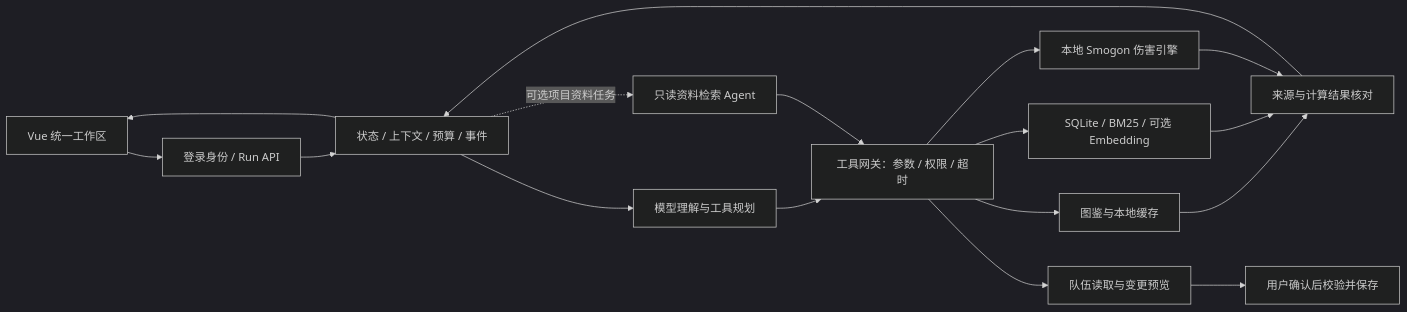
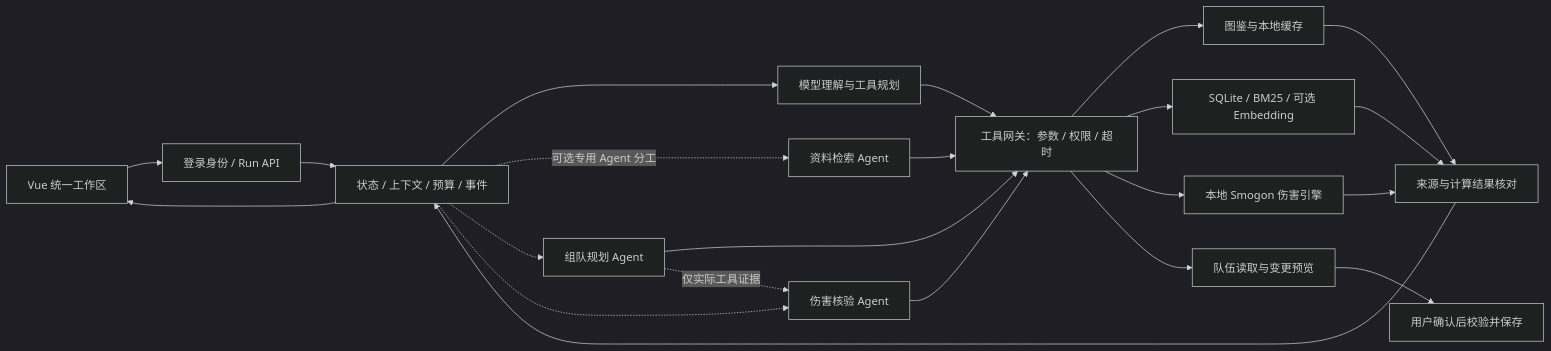
One commit to vioabio/AI-Agent changed the diagram in README.md. Above: the diagram before and after it, drawn with Mermaid (dark theme). The commit also changed other lines of this file and 15 other files, not shown here.

````diff
--- a/README.md
+++ b/README.md
@@ -25,19 +25,24 @@
 ```mermaid
 flowchart LR
     UI[Vue 统一工作区] --> API[登录身份 / Run API]
     API --> RUN[状态 / 上下文 / 预算 / 事件]
     RUN --> MODEL[模型理解与工具规划]
     MODEL --> GW[工具网关：参数 / 权限 / 超时]
     GW --> DATA[图鉴与本地缓存]
-    RUN -. 可选项目资料任务 .-> RESEARCH[只读资料检索 Agent]
+    RUN -. 可选专用 Agent 分工 .-> RESEARCH[资料检索 Agent]
+    RUN -.-> PLANNER[组队规划 Agent]
+    RUN -.-> DAMAGE[伤害核验 Agent]
     RESEARCH --> GW
+    PLANNER --> GW
+    PLANNER -. 仅实际工具证据 .-> DAMAGE
+    DAMAGE --> GW
     GW --> RAG[SQLite / BM25 / 可选 Embedding]
     GW --> CALC[本地 Smogon 伤害引擎]
     GW --> TEAM[队伍读取与变更预览]
     TEAM --> CONFIRM[用户确认后校验并保存]
     DATA --> CHECK[来源与计算结果核对]
     RAG --> CHECK
     CALC --> CHECK
     CHECK --> RUN
     RUN --> UI
 ```
````
